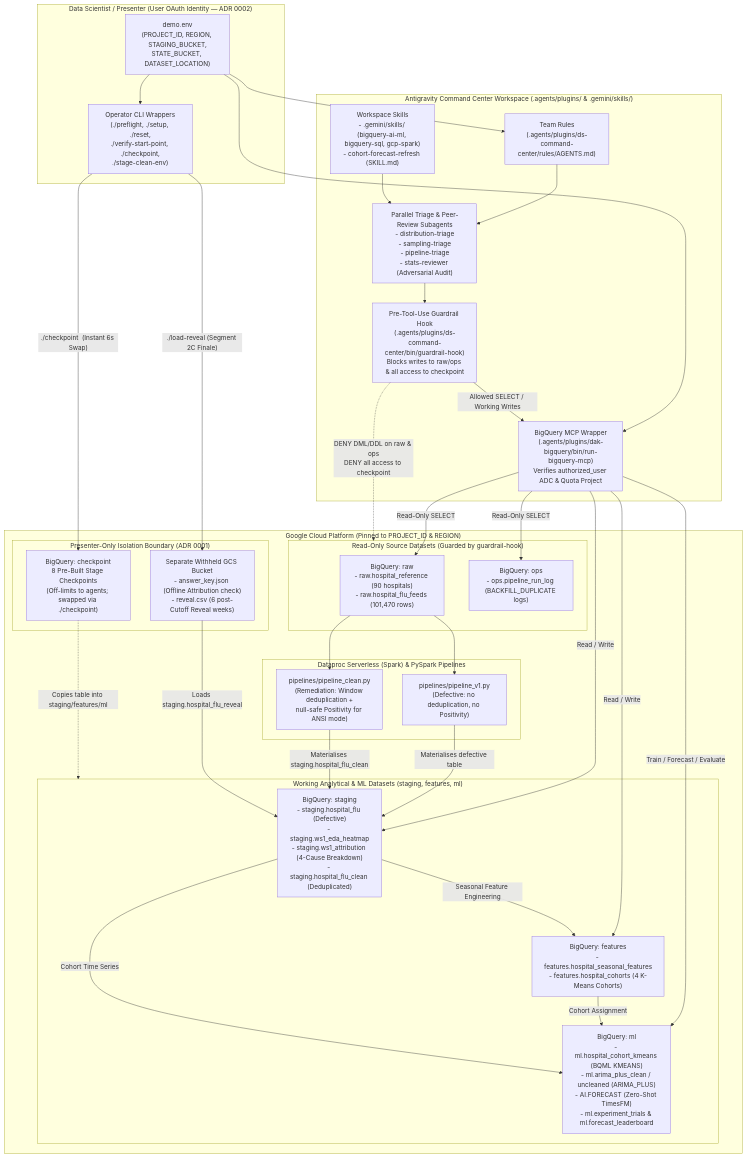
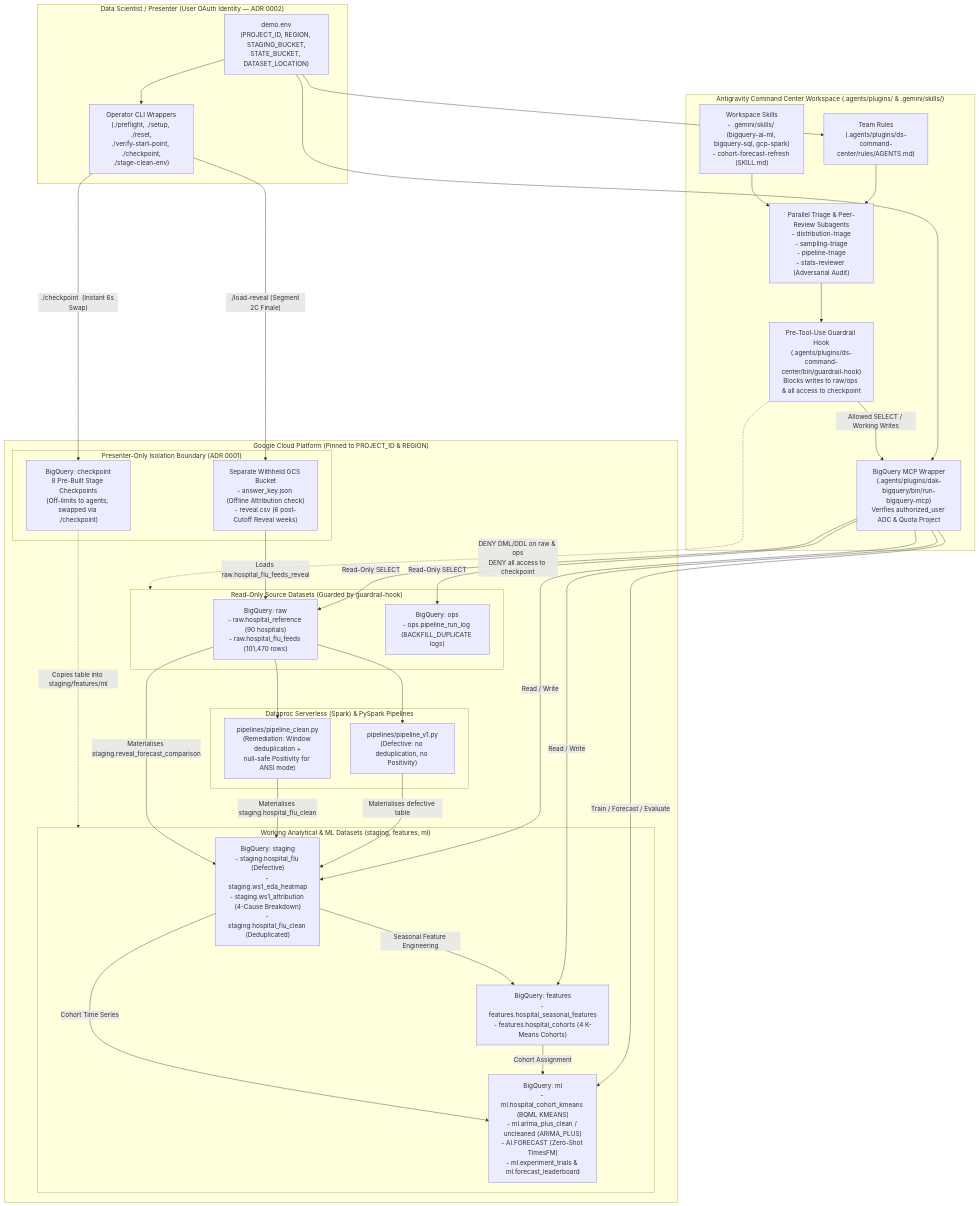
One commit to mbychkowski/agy-for-datascientists changed the diagram in README.md. Above: the diagram before and after it, drawn with Mermaid. The commit also changed other lines of this file and 4 other files, not shown here.

````diff
--- a/README.md
+++ b/README.md
@@ -38,65 +38,66 @@
 ```mermaid
 flowchart TB
     subgraph Presenter["Data Scientist / Presenter (User OAuth Identity — ADR 0002)"]
         ENV["demo.env<br/>(PROJECT_ID, REGION, STAGING_BUCKET,<br/>STATE_BUCKET, DATASET_LOCATION)"]
         CLI["Operator CLI Wrappers<br/>(./preflight, ./setup, ./reset,<br/>./verify-start-point, ./checkpoint,<br/>./stage-clean-env)"]
     end
 
     subgraph Harness["Antigravity Command Center Workspace (.agents/plugins/ & .gemini/skills/)"]
         RULES["Team Rules<br/>(.agents/plugins/ds-command-center/rules/AGENTS.md)"]
         HOOK["Pre-Tool-Use Guardrail Hook<br/>(.agents/plugins/ds-command-center/bin/guardrail-hook)<br/>Blocks writes to raw/ops & all access to checkpoint"]
         SUBAGENTS["Parallel Triage & Peer-Review Subagents<br/>- distribution-triage<br/>- sampling-triage<br/>- pipeline-triage<br/>- stats-reviewer (Adversarial Audit)"]
         SKILLS["Workspace Skills<br/>- .gemini/skills/ (bigquery-ai-ml, bigquery-sql, gcp-spark)<br/>- cohort-forecast-refresh (SKILL.md)"]
         MCP["BigQuery MCP Wrapper<br/>(.agents/plugins/dak-bigquery/bin/run-bigquery-mcp)<br/>Verifies authorized_user ADC & Quota Project"]
     end
 
     subgraph GCP["Google Cloud Platform (Pinned to PROJECT_ID & REGION)"]
         subgraph ReadOnly["Read-Only Source Datasets (Guarded by guardrail-hook)"]
             RAW["BigQuery: raw<br/>- raw.hospital_reference (90 hospitals)<br/>- raw.hospital_flu_feeds (101,470 rows)"]
             OPS["BigQuery: ops<br/>- ops.pipeline_run_log (BACKFILL_DUPLICATE logs)"]
         end
 
         subgraph Compute["Dataproc Serverless (Spark) & PySpark Pipelines"]
             DP_V1["pipelines/pipeline_v1.py<br/>(Defective: no deduplication, no Positivity)"]
             DP_CLEAN["pipelines/pipeline_clean.py<br/>(Remediation: Window deduplication +<br/>null-safe Positivity for ANSI mode)"]
         end
 
         subgraph Working["Working Analytical & ML Datasets (staging, features, ml)"]
             STAGING["BigQuery: staging<br/>- staging.hospital_flu (Defective)<br/>- staging.ws1_eda_heatmap<br/>- staging.ws1_attribution (4-Cause Breakdown)<br/>- staging.hospital_flu_clean (Deduplicated)"]
             FEATURES["BigQuery: features<br/>- features.hospital_seasonal_features<br/>- features.hospital_cohorts (4 K-Means Cohorts)"]
             ML["BigQuery: ml<br/>- ml.hospital_cohort_kmeans (BQML KMEANS)<br/>- ml.arima_plus_clean / uncleaned (ARIMA_PLUS)<br/>- AI.FORECAST (Zero-Shot TimesFM)<br/>- ml.experiment_trials & ml.forecast_leaderboard"]
         end
 
         subgraph Boundary["Presenter-Only Isolation Boundary (ADR 0001)"]
             CHECKPOINT["BigQuery: checkpoint<br/>8 Pre-Built Stage Checkpoints<br/>(Off-limits to agents; swapped via ./checkpoint)"]
             WITHHELD["Separate Withheld GCS Bucket<br/>- answer_key.json (Offline Attribution check)<br/>- reveal.csv (6 post-Cutoff Reveal weeks)"]
         end
     end
 
     ENV --> CLI
     ENV --> RULES
     ENV --> MCP
     RULES --> SUBAGENTS
     SKILLS --> SUBAGENTS
     SUBAGENTS --> HOOK
     HOOK -->|"Allowed SELECT / Working Writes"| MCP
     HOOK -.->|"DENY DML/DDL on raw & ops<br/>DENY all access to checkpoint"| ReadOnly
     MCP -->|"Read-Only SELECT"| RAW
     MCP -->|"Read-Only SELECT"| OPS
     MCP -->|"Read / Write"| STAGING
     MCP -->|"Read / Write"| FEATURES
     MCP -->|"Train / Forecast / Evaluate"| ML
 
     RAW --> DP_V1
     DP_V1 -->|"Materialises defective table"| STAGING
     RAW --> DP_CLEAN
     DP_CLEAN -->|"Materialises staging.hospital_flu_clean"| STAGING
     STAGING -->|"Seasonal Feature Engineering"| FEATURES
     FEATURES -->|"Cohort Assignment"| ML
     STAGING -->|"Cohort Time Series"| ML
 
     CLI -->|"./checkpoint <id> (Instant 6s Swap)"| CHECKPOINT
     CHECKPOINT -.->|"Copies table into staging/features/ml"| Working
     CLI -->|"./load-reveal (Segment 2C Finale)"| WITHHELD
-    WITHHELD -->|"Loads staging.hospital_flu_reveal"| STAGING
+    WITHHELD -->|"Loads raw.hospital_flu_feeds_reveal"| RAW
+    RAW -->|"Materialises staging.reveal_forecast_comparison"| STAGING
 ```
````
